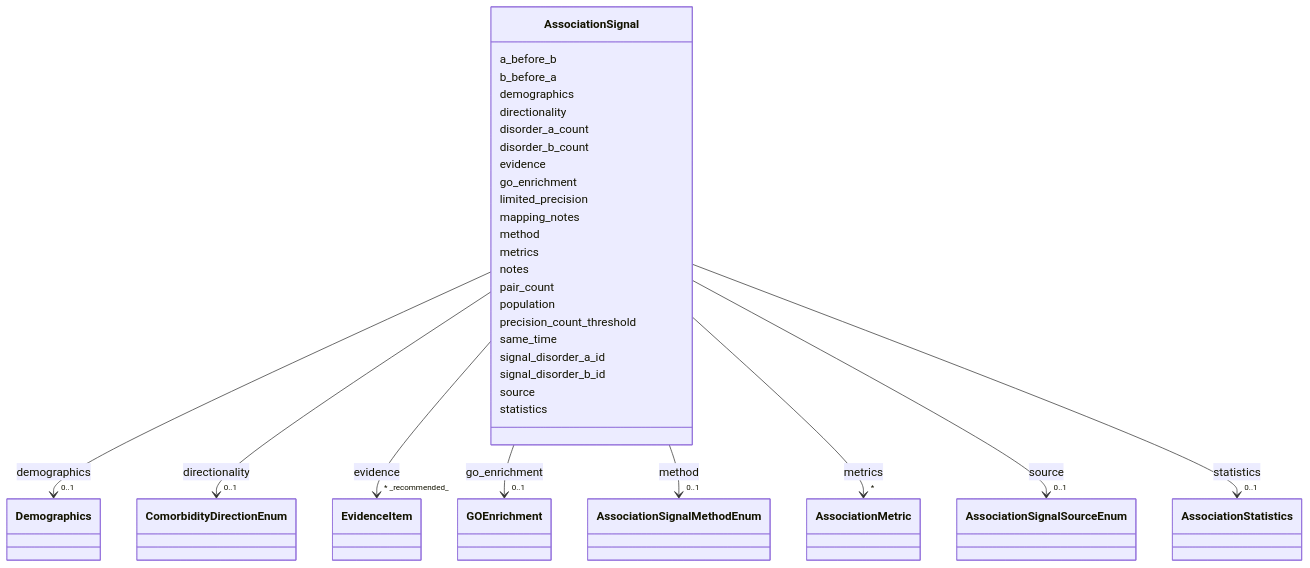
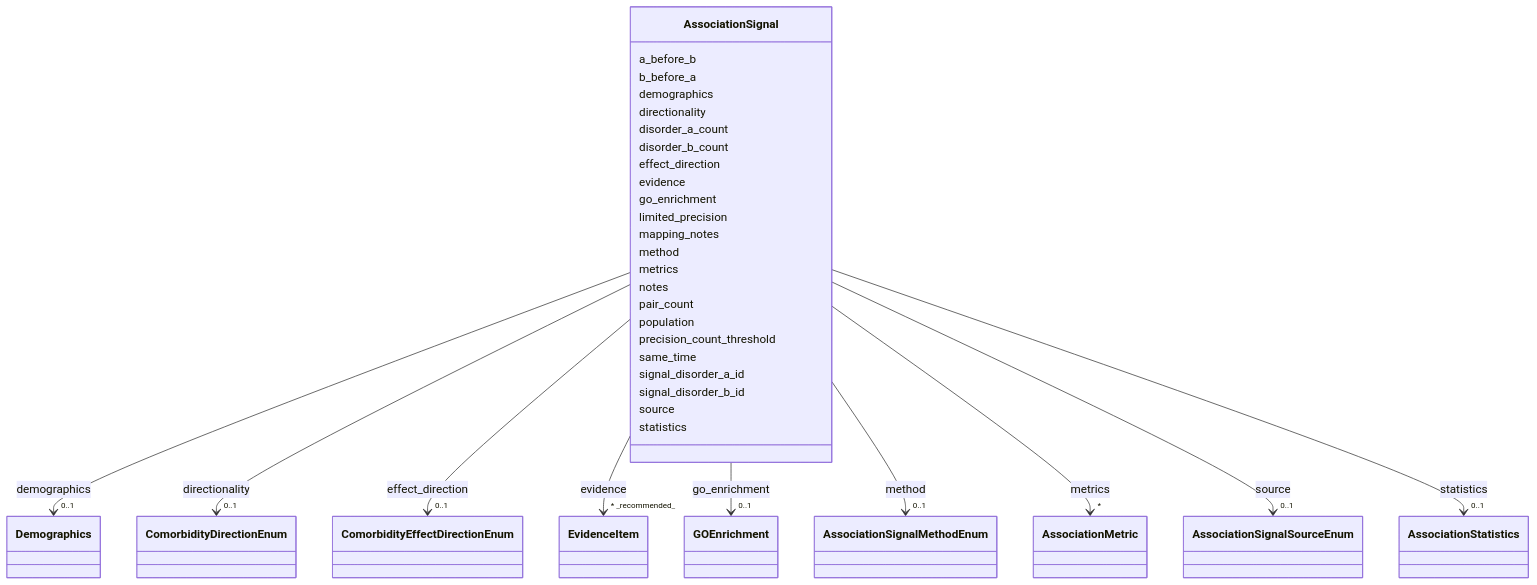
Before and after one commit to monarch-initiative/dismech: the diagram in docs/schema/classes/AssociationSignal.md, drawn with Mermaid. The commit also changed other lines of this file and 393 other files, not shown here.

```diff
--- a/docs/schema/classes/AssociationSignal.md
+++ b/docs/schema/classes/AssociationSignal.md
@@ -48,6 +48,17 @@
       AssociationSignal : disorder_a_count
         
       AssociationSignal : disorder_b_count
+        
+      AssociationSignal : effect_direction
+        
+          
+    
+        
+        
+        AssociationSignal --> "0..1" ComorbidityEffectDirectionEnum : effect_direction
+        click ComorbidityEffectDirectionEnum href "../../enums/ComorbidityEffectDirectionEnum/"
+    
+
         
       AssociationSignal : evidence
         
```
